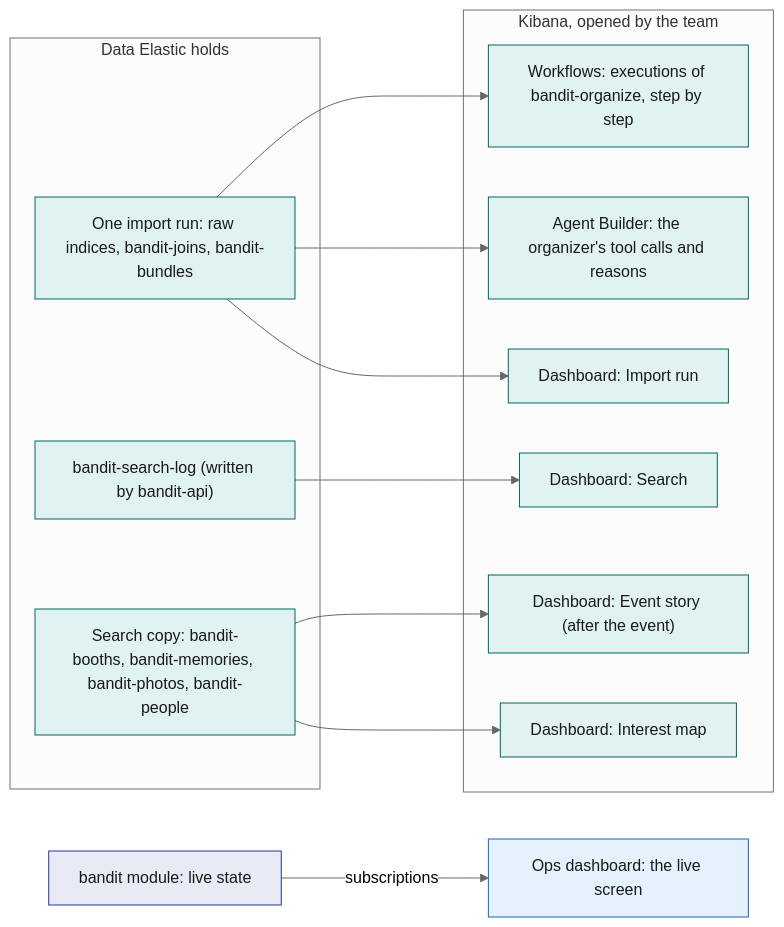
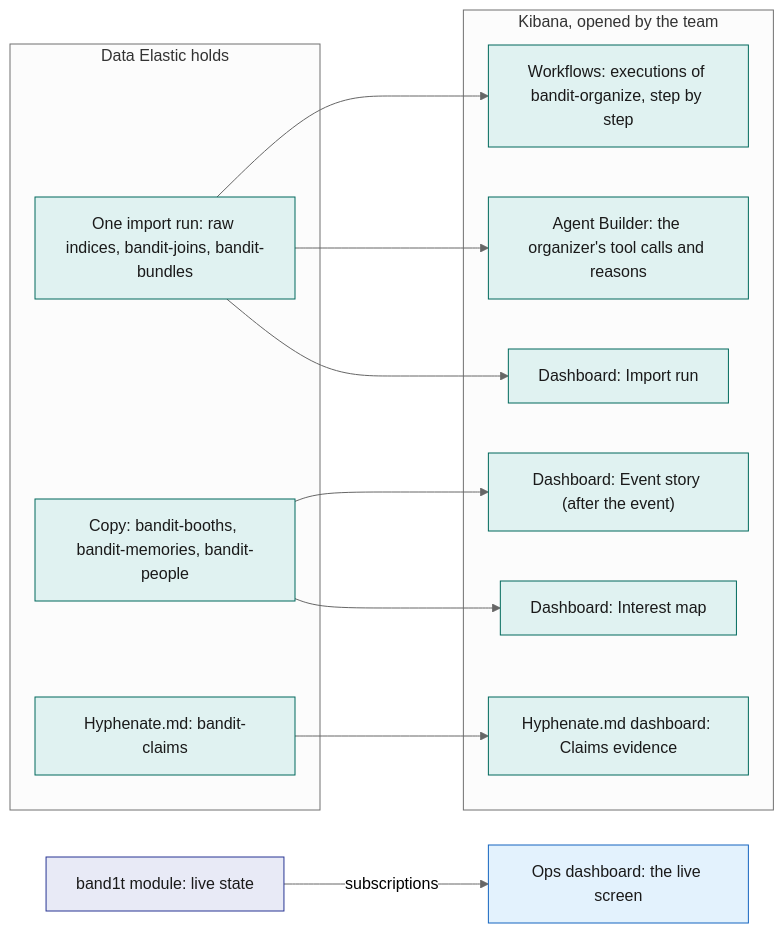
Before and after one commit to viktorinkov/cal-hacks-13: the fifth of 5 diagrams in System Design/7-integrations/Elastic.md, drawn with Mermaid (neutral theme). The commit also changed other lines of this file and 21 other files, not shown here.

````diff
--- a/System Design/7-integrations/Elastic.md
+++ b/System Design/7-integrations/Elastic.md
@@ -425,29 +353,29 @@
 ```mermaid
 flowchart LR
   subgraph Sources["Data Elastic holds"]
     RUN["One import run: raw indices, bandit-joins, bandit-bundles"]
-    LOG["bandit-search-log (written by bandit-api)"]
-    COPY["Search copy: bandit-booths, bandit-memories, bandit-photos, bandit-people"]
+    COPY["Copy: bandit-booths, bandit-memories, bandit-people"]
+    CLM["Hyphenate.md: bandit-claims"]
   end
   subgraph Kibana["Kibana, opened by the team"]
     WFV["Workflows: executions of bandit-organize, step by step"]
     ABV["Agent Builder: the organizer's tool calls and reasons"]
     D1["Dashboard: Import run"]
-    D2["Dashboard: Search"]
     D3["Dashboard: Event story (after the event)"]
     D4["Dashboard: Interest map"]
+    D5["Hyphenate.md dashboard: Claims evidence"]
   end
   RUN --> WFV
   RUN --> ABV
   RUN --> D1
-  LOG --> D2
   COPY --> D3
   COPY --> D4
-  STDB["bandit module: live state"] -->|"subscriptions"| OPS["Ops dashboard: the live screen"]
+  CLM --> D5
+  STDB["band1t module: live state"] -->|"subscriptions"| OPS["Ops dashboard: the live screen"]
   classDef ext fill:#E0F2F1,stroke:#00695C,color:#1A1A1A
   classDef stdb fill:#E8EAF6,stroke:#283593,color:#1A1A1A
   classDef web fill:#E3F2FD,stroke:#1565C0,color:#1A1A1A
-  class RUN,LOG,COPY,WFV,ABV,D1,D2,D3,D4 ext
+  class RUN,COPY,CLM,WFV,ABV,D1,D3,D4,D5 ext
   class STDB stdb
   class OPS web
 ```
````
